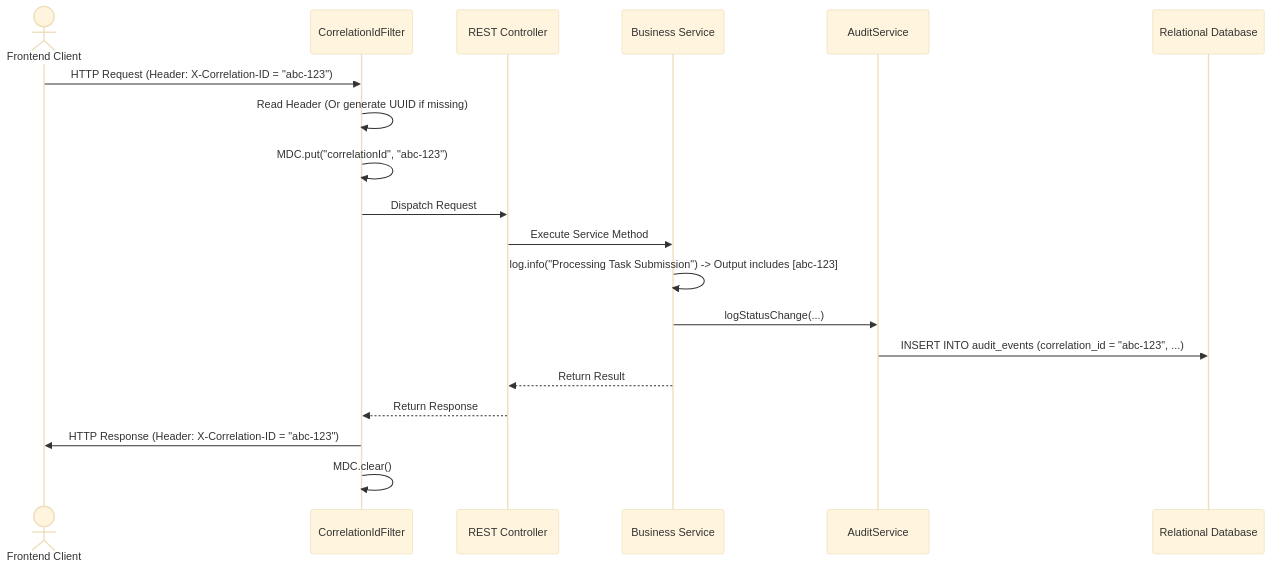
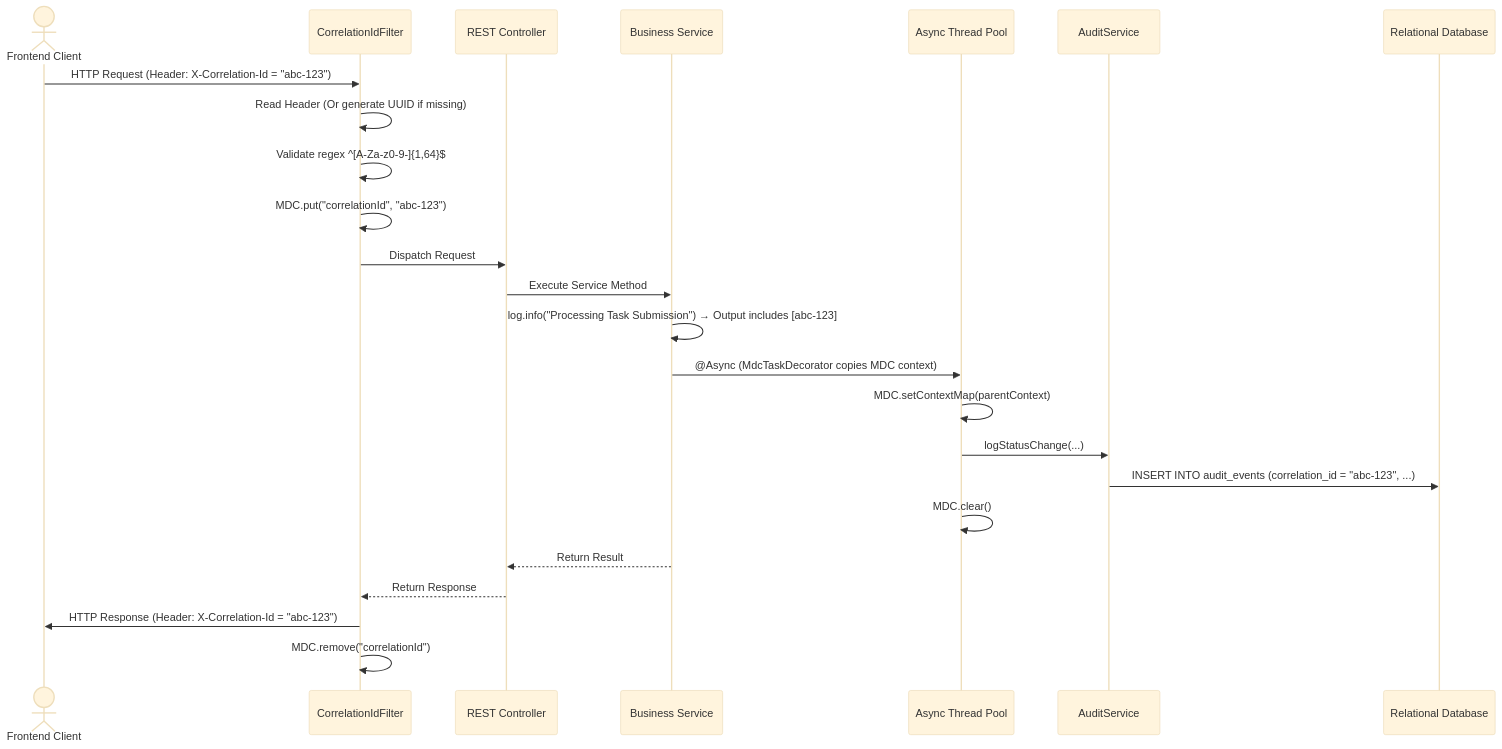
Before and after one commit to srikarthickeyanganapathy/Ryokai_backend: the diagram in docs/operations.md, drawn with Mermaid (base theme). The commit also changed other lines of this file and 32 other files, not shown here.

Commit message:
feat: implement multi-tenant taskflow architecture with audit logging, evidence tracking, and comprehensive operations documentation

````diff
--- a/docs/operations.md
+++ b/docs/operations.md
@@ -44,25 +57,30 @@
 ```mermaid
 sequenceDiagram
     actor Client as Frontend Client
     participant MDCFilter as CorrelationIdFilter
     participant Controller as REST Controller
     participant Service as Business Service
+    participant AsyncPool as Async Thread Pool
     participant Audit as AuditService
     participant DB as Relational Database
 
-    Client->>MDCFilter: HTTP Request (Header: X-Correlation-ID = "abc-123")
+    Client->>MDCFilter: HTTP Request (Header: X-Correlation-Id = "abc-123")
     MDCFilter->>MDCFilter: Read Header (Or generate UUID if missing)
+    MDCFilter->>MDCFilter: Validate regex ^[A-Za-z0-9-]{1,64}$
     MDCFilter->>MDCFilter: MDC.put("correlationId", "abc-123")
     
     MDCFilter->>Controller: Dispatch Request
     Controller->>Service: Execute Service Method
-    Service->>Service: log.info("Processing Task Submission") -> Output includes [abc-123]
+    Service->>Service: log.info("Processing Task Submission") → Output includes [abc-123]
     
-    Service->>Audit: logStatusChange(...)
+    Service->>AsyncPool: @Async (MdcTaskDecorator copies MDC context)
+    AsyncPool->>AsyncPool: MDC.setContextMap(parentContext)
+    AsyncPool->>Audit: logStatusChange(...)
     Audit->>DB: INSERT INTO audit_events (correlation_id = "abc-123", ...)
+    AsyncPool->>AsyncPool: MDC.clear()
     
     Service-->>Controller: Return Result
     Controller-->>MDCFilter: Return Response
-    MDCFilter->>Client: HTTP Response (Header: X-Correlation-ID = "abc-123")
-    MDCFilter->>MDCFilter: MDC.clear()
+    MDCFilter->>Client: HTTP Response (Header: X-Correlation-Id = "abc-123")
+    MDCFilter->>MDCFilter: MDC.remove("correlationId")
 ```
````
